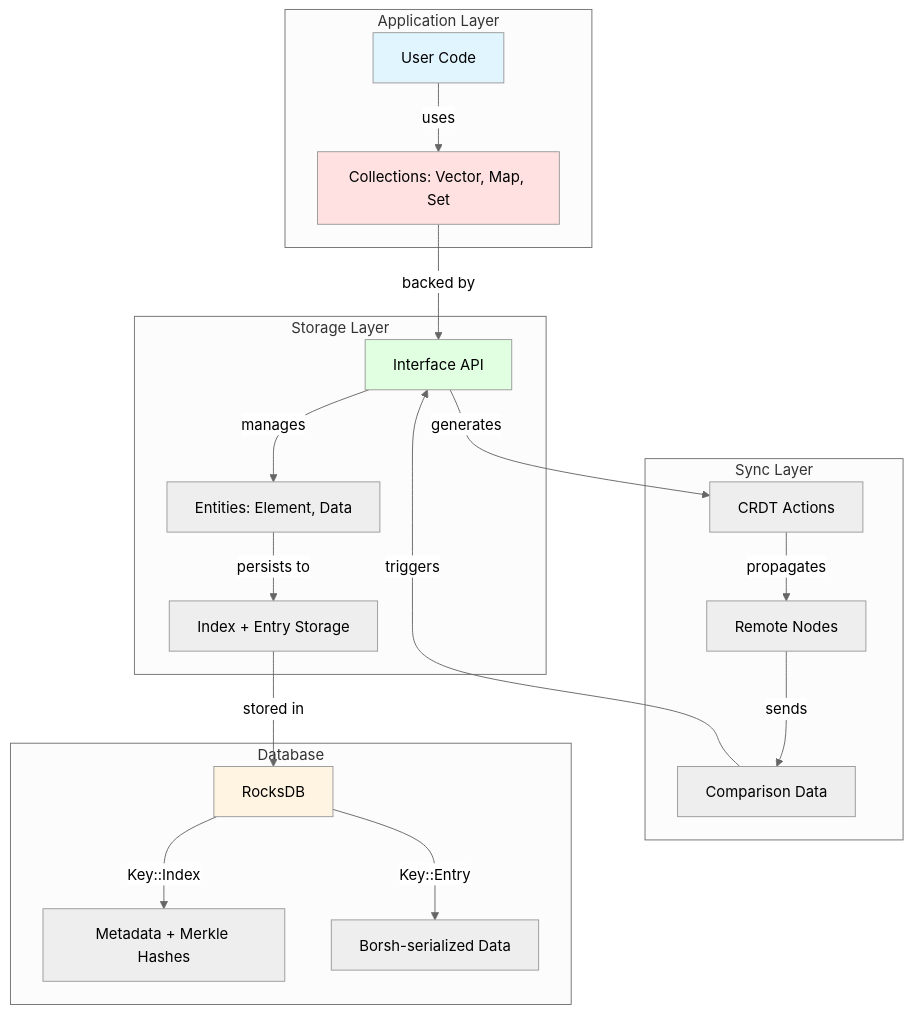
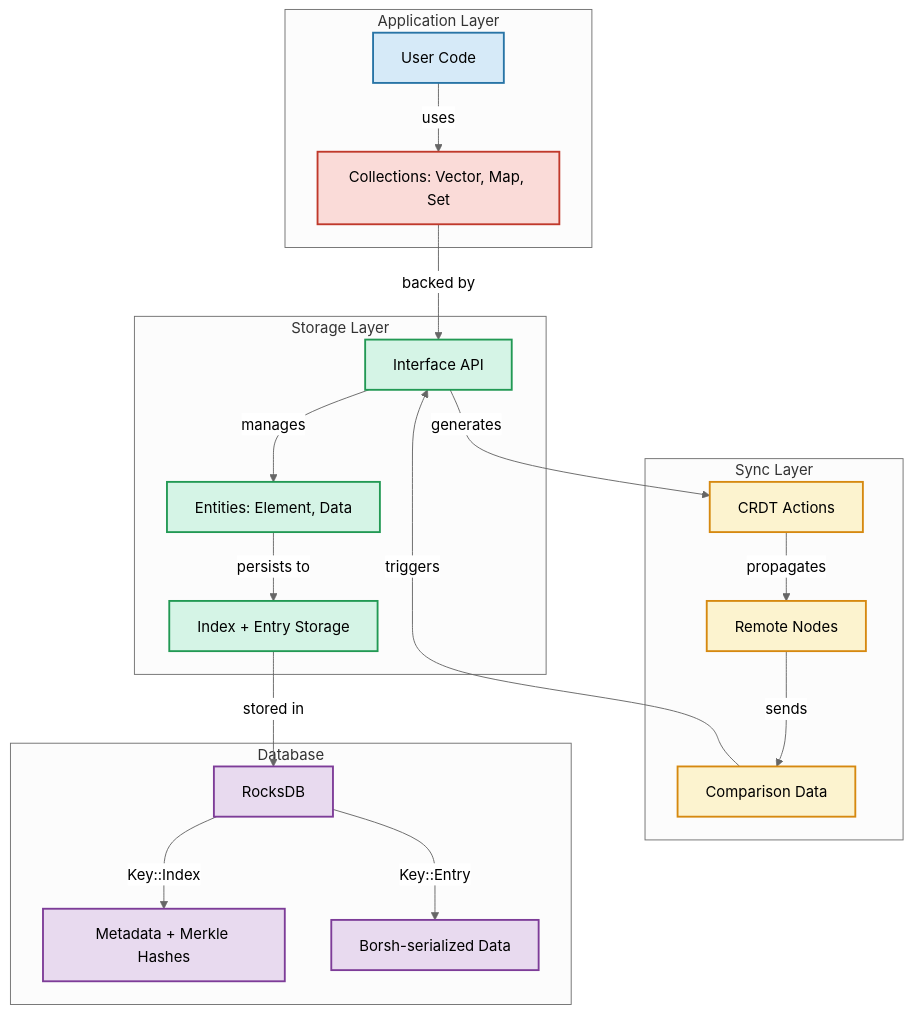
The first of 9 diagrams in crates/storage/README.md (calimero-network/core), drawn with Mermaid (neutral theme) before and after one commit. The commit also changed other lines of this file, not shown here.

First line of the commit message:
docs(storage): improve diagram color schemes for readability

````diff
--- a/crates/storage/README.md
+++ b/crates/storage/README.md
@@ -33,30 +33,37 @@
 ```mermaid
 graph TB
     subgraph "Application Layer"
         A[User Code] -->|uses| B[Collections: Vector, Map, Set]
     end
     
     subgraph "Storage Layer"
         B -->|backed by| C[Interface API]
         C -->|manages| D[Entities: Element, Data]
         D -->|persists to| E[Index + Entry Storage]
     end
     
     subgraph "Sync Layer"
         C -->|generates| F[CRDT Actions]
         F -->|propagates| G[Remote Nodes]
         G -->|sends| H[Comparison Data]
         H -->|triggers| C
     end
     
     subgraph "Database"
         E -->|stored in| I[RocksDB]
         I -->|Key::Index| J[Metadata + Merkle Hashes]
         I -->|Key::Entry| K[Borsh-serialized Data]
     end
     
-    style A fill:#e1f5ff
-    style B fill:#ffe1e1
-    style C fill:#e1ffe1
-    style I fill:#fff4e1
+    style A fill:#D6EAF8,stroke:#2874A6,stroke-width:2px
+    style B fill:#FADBD8,stroke:#C0392B,stroke-width:2px
+    style C fill:#D5F4E6,stroke:#229954,stroke-width:2px
+    style D fill:#D5F4E6,stroke:#229954,stroke-width:2px
+    style E fill:#D5F4E6,stroke:#229954,stroke-width:2px
+    style F fill:#FCF3CF,stroke:#D68910,stroke-width:2px
+    style G fill:#FCF3CF,stroke:#D68910,stroke-width:2px
+    style H fill:#FCF3CF,stroke:#D68910,stroke-width:2px
+    style I fill:#E8DAEF,stroke:#7D3C98,stroke-width:2px
+    style J fill:#E8DAEF,stroke:#7D3C98,stroke-width:2px
+    style K fill:#E8DAEF,stroke:#7D3C98,stroke-width:2px
 ```
````
